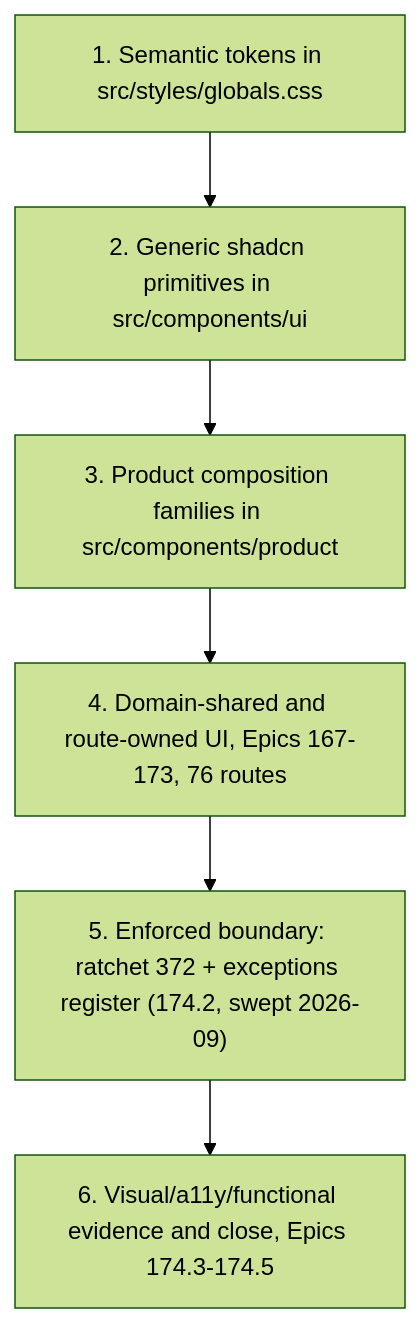
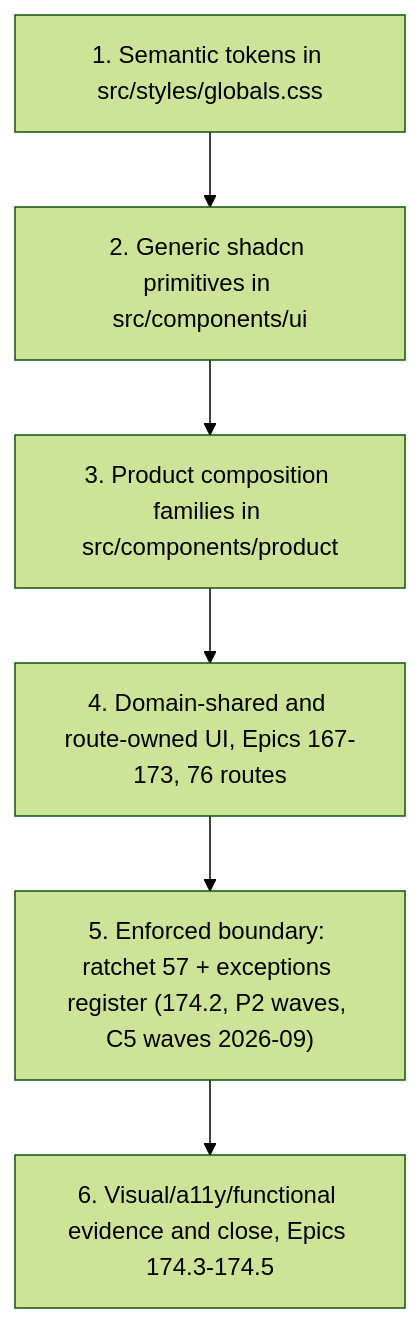
Before and after one commit to salacoste/wb-erp-system-daytona-FE: the first of 2 diagrams in openwiki/design-system.md, drawn with Mermaid (forest theme). The commit also changed other lines of this file and 17 other files, not shown here.

````diff
--- a/openwiki/design-system.md
+++ b/openwiki/design-system.md
@@ -179,8 +178,8 @@
 ```mermaid
 flowchart TD
   TOKENS["1. Semantic tokens in src/styles/globals.css"] --> PRIM["2. Generic shadcn primitives in src/components/ui"]
   PRIM --> COMP["3. Product composition families in src/components/product"]
   COMP --> DOMAIN["4. Domain-shared and route-owned UI, Epics 167-173, 76 routes"]
-  DOMAIN --> ENF["5. Enforced boundary: ratchet 372 + exceptions register (174.2, swept 2026-09)"]
+  DOMAIN --> ENF["5. Enforced boundary: ratchet 57 + exceptions register (174.2, P2 waves, C5 waves 2026-09)"]
   ENF --> AUDIT["6. Visual/a11y/functional evidence and close, Epics 174.3-174.5"]
 ```
````
